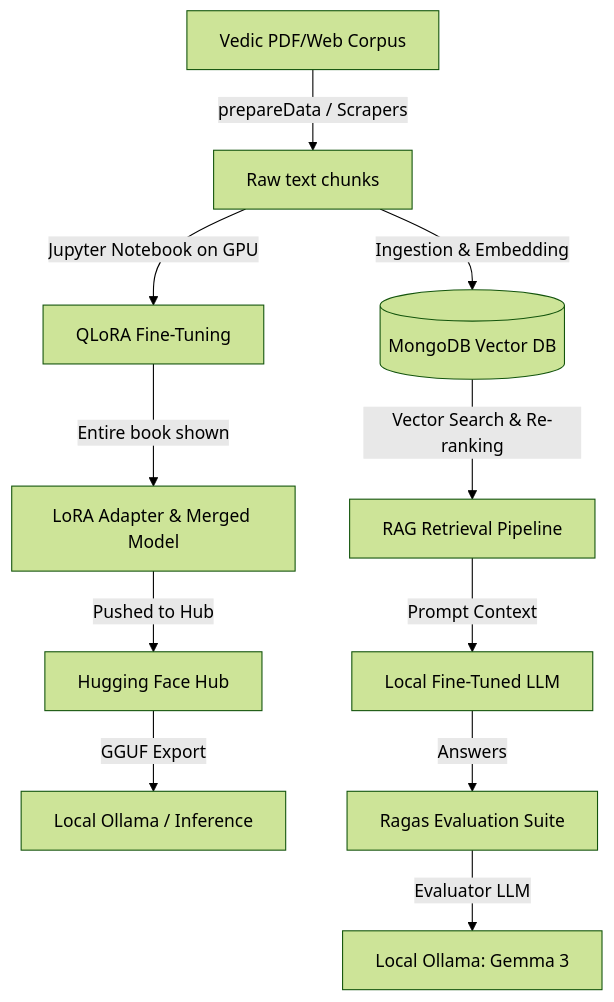
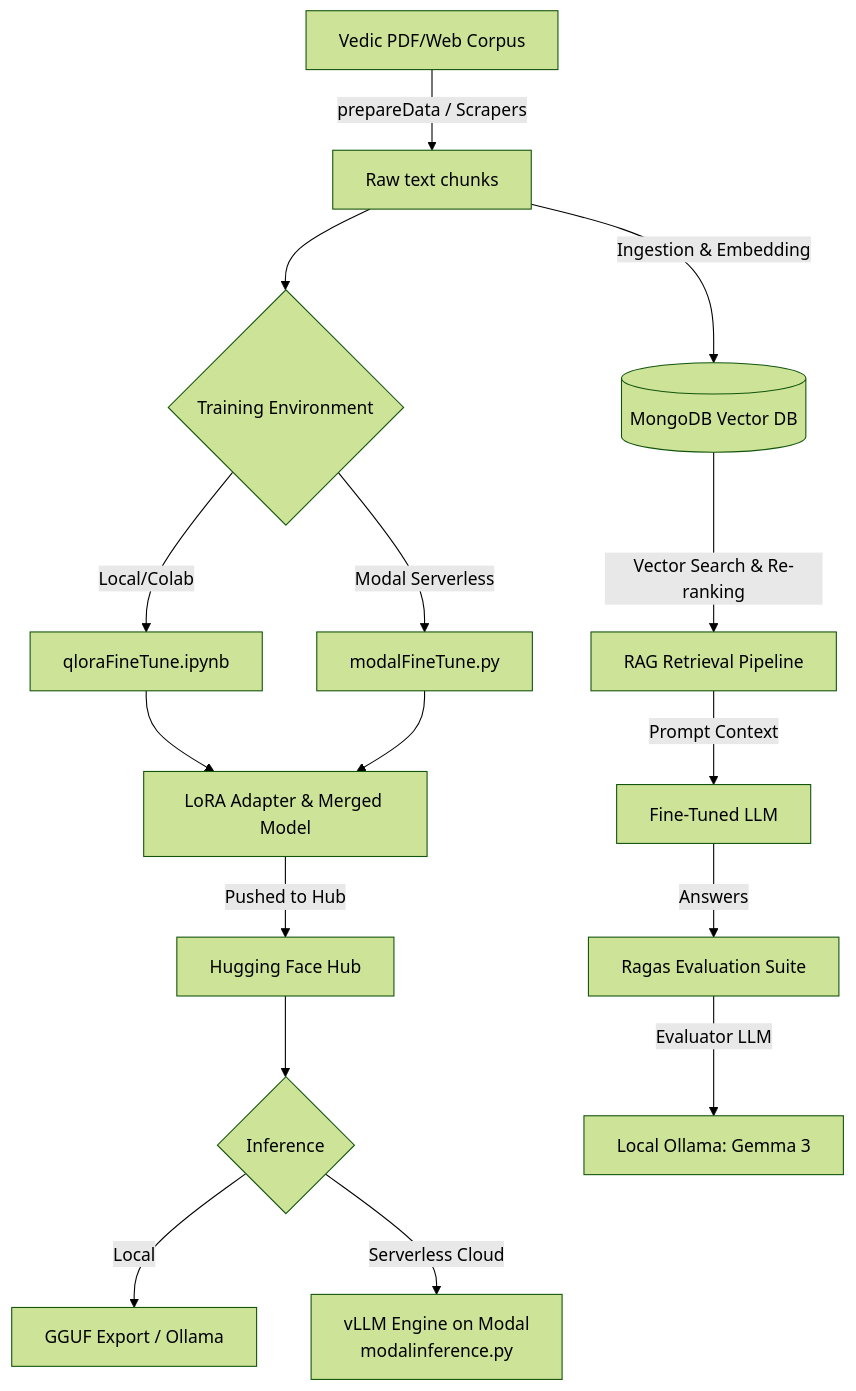
Before and after one commit to raj-gupta1/Vedas: the diagram in README.md, drawn with Mermaid (forest theme). The commit also changed other lines of this file and 5 other files, not shown here.

Commit message:
feat: add vLLM-powered inference and fine-tuning scripts while removing deprecated notebook utilities

````diff
--- a/README.md
+++ b/README.md
@@ -12,14 +13,19 @@
 ```mermaid
 graph TD
     A[Vedic PDF/Web Corpus] -->|prepareData / Scrapers| B[Raw text chunks]
-    B -->|Jupyter Notebook on GPU| C[QLoRA Fine-Tuning]
-    C -->|Entire book shown| D[LoRA Adapter & Merged Model]
-    D -->|Pushed to Hub| E[Hugging Face Hub]
-    E -->|GGUF Export| F[Local Ollama / Inference]
+    B --> C{Training Environment}
+    C -->|Local/Colab| D[qloraFineTune.ipynb]
+    C -->|Modal Serverless| E[modalFineTune.py]
+    D --> F[LoRA Adapter & Merged Model]
+    E --> F
+    F -->|Pushed to Hub| G[Hugging Face Hub]
+    G --> H{Inference}
+    H -->|Local| I[GGUF Export / Ollama]
+    H -->|Serverless Cloud| J[vLLM Engine on Modal <br> modalinference.py]
     
-    B -->|Ingestion & Embedding| G[(MongoDB Vector DB)]
-    G -->|Vector Search & Re-ranking| H[RAG Retrieval Pipeline]
-    H -->|Prompt Context| I[Local Fine-Tuned LLM]
-    I -->|Answers| J[Ragas Evaluation Suite]
-    J -->|Evaluator LLM| K[Local Ollama: Gemma 3]
+    B -->|Ingestion & Embedding| K[(MongoDB Vector DB)]
+    K -->|Vector Search & Re-ranking| L[RAG Retrieval Pipeline]
+    L -->|Prompt Context| M[Fine-Tuned LLM]
+    M -->|Answers| N[Ragas Evaluation Suite]
+    N -->|Evaluator LLM| O[Local Ollama: Gemma 3]
 ```
````
